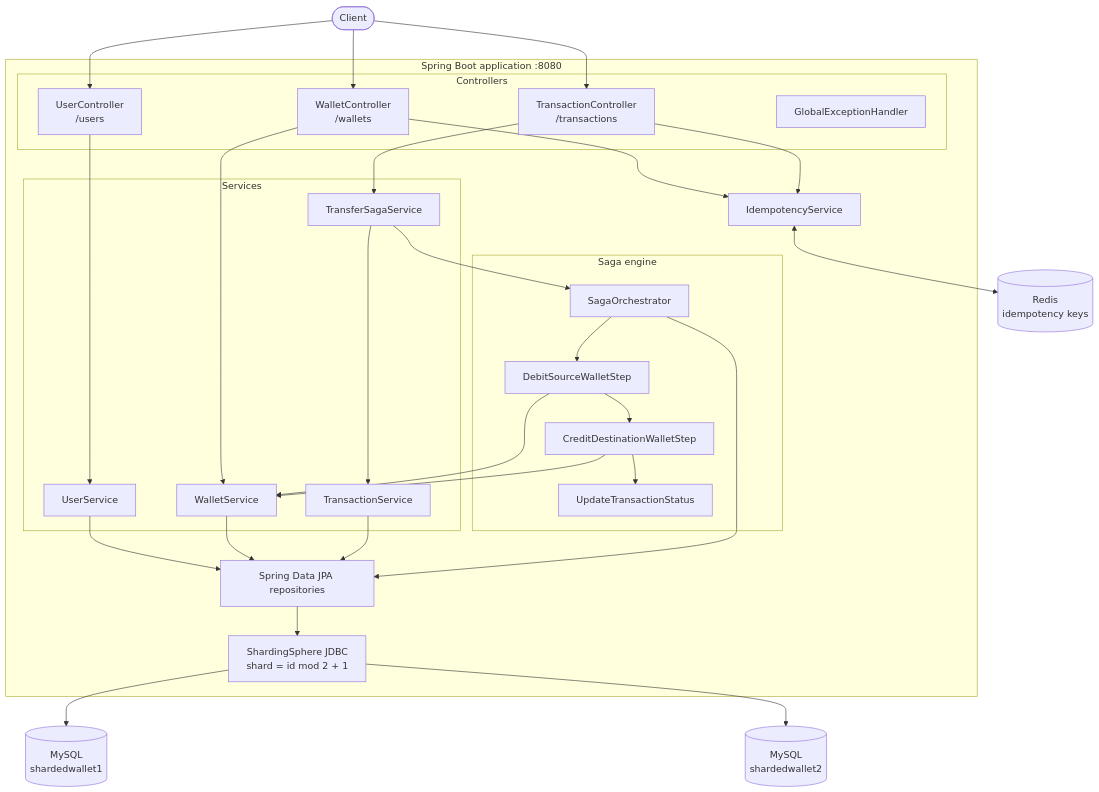
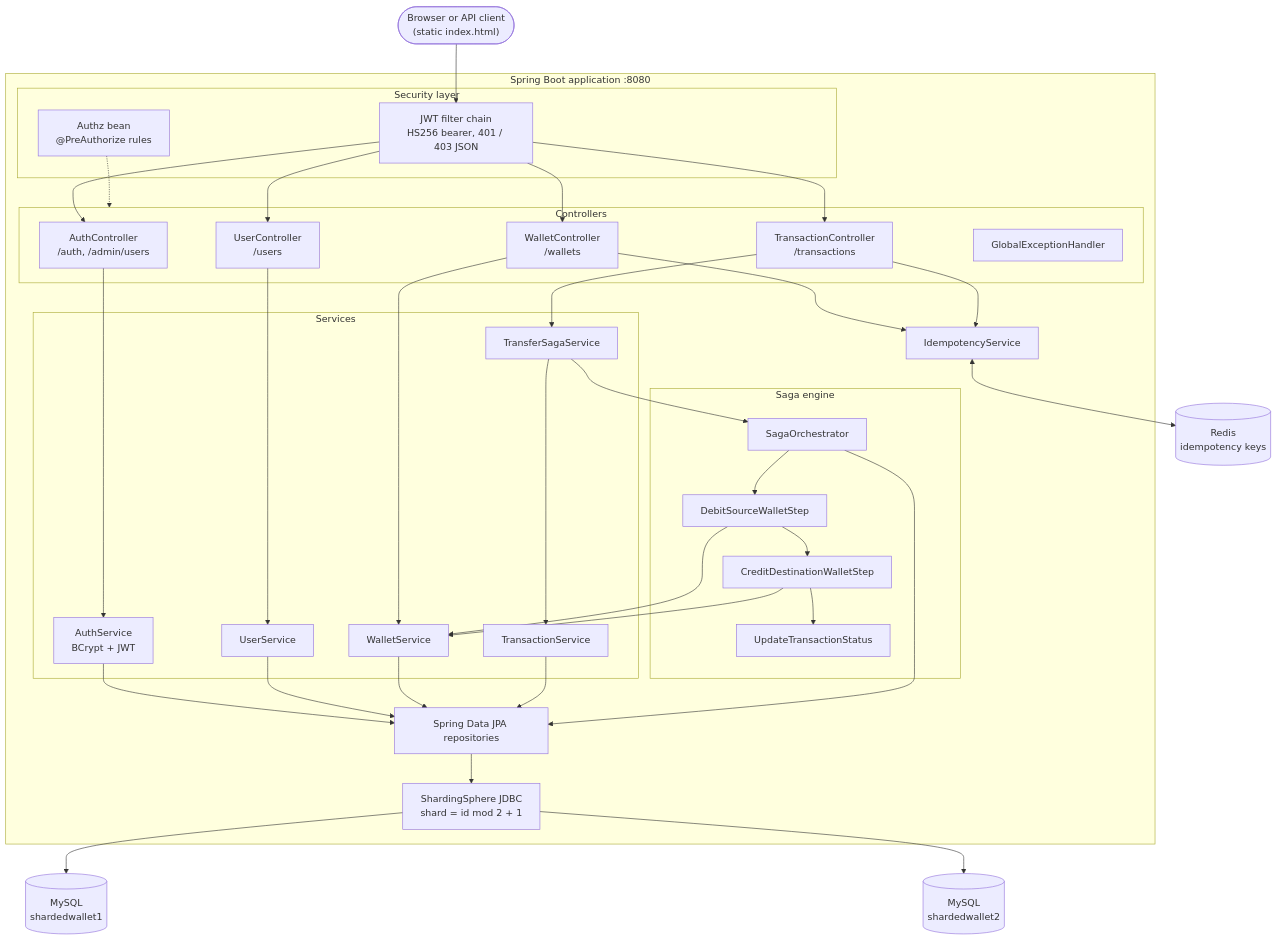
The first of 2 diagrams in README.md (Hemantshankhwar/Sharded_wallet21), drawn with Mermaid before and after one commit. The commit also changed other lines of this file and 23 other files, not shown here.

Commit message:
Add JWT auth, roles, frontend login, and seed script

````diff
--- a/README.md
+++ b/README.md
@@ -7,58 +7,70 @@
 ```mermaid
 flowchart TB
-    Client(["Client"])
+    Client(["Browser or API client<br/>(static index.html)"])
 
     subgraph App["Spring Boot application :8080"]
+        subgraph Sec["Security layer"]
+            FC["JWT filter chain<br/>HS256 bearer, 401 / 403 JSON"]
+            AZ["Authz bean<br/>@PreAuthorize rules"]
+        end
+
         subgraph Web["Controllers"]
+            AC["AuthController<br/>/auth, /admin/users"]
             UC["UserController<br/>/users"]
             WC["WalletController<br/>/wallets"]
             TC["TransactionController<br/>/transactions"]
             GEH["GlobalExceptionHandler"]
         end
 
         IDEM["IdempotencyService"]
 
         subgraph Svc["Services"]
+            AUTH["AuthService<br/>BCrypt + JWT"]
             US["UserService"]
             WS["WalletService"]
             TS["TransactionService"]
             TSS["TransferSagaService"]
         end
 
         subgraph Saga["Saga engine"]
             ORCH["SagaOrchestrator"]
             S1["DebitSourceWalletStep"]
             S2["CreditDestinationWalletStep"]
             S3["UpdateTransactionStatus"]
         end
 
         REPO["Spring Data JPA repositories"]
         SS["ShardingSphere JDBC<br/>shard = id mod 2 + 1"]
     end
 
     Redis[("Redis<br/>idempotency keys")]
     DB1[("MySQL<br/>shardedwallet1")]
     DB2[("MySQL<br/>shardedwallet2")]
 
-    Client --> UC
-    Client --> WC
-    Client --> TC
+    Client --> FC
+    FC --> AC
+    FC --> UC
+    FC --> WC
+    FC --> TC
+    AZ -.-> Web
+    AC --> AUTH
+    AUTH --> REPO
     WC --> IDEM
     TC --> IDEM
     IDEM <--> Redis
     UC --> US
     WC --> WS
     TC --> TSS
     TSS --> TS
     TSS --> ORCH
     ORCH --> S1 --> S2 --> S3
     S1 --> WS
     S2 --> WS
     US --> REPO
     WS --> REPO
     TS --> REPO
     ORCH --> REPO
     REPO --> SS
     SS --> DB1
     SS --> DB2
 ```
````
